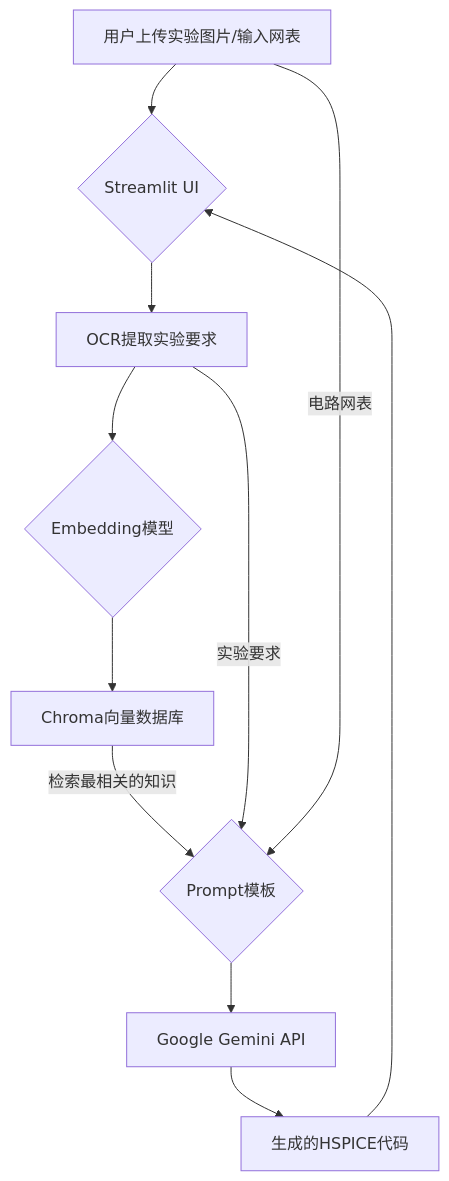
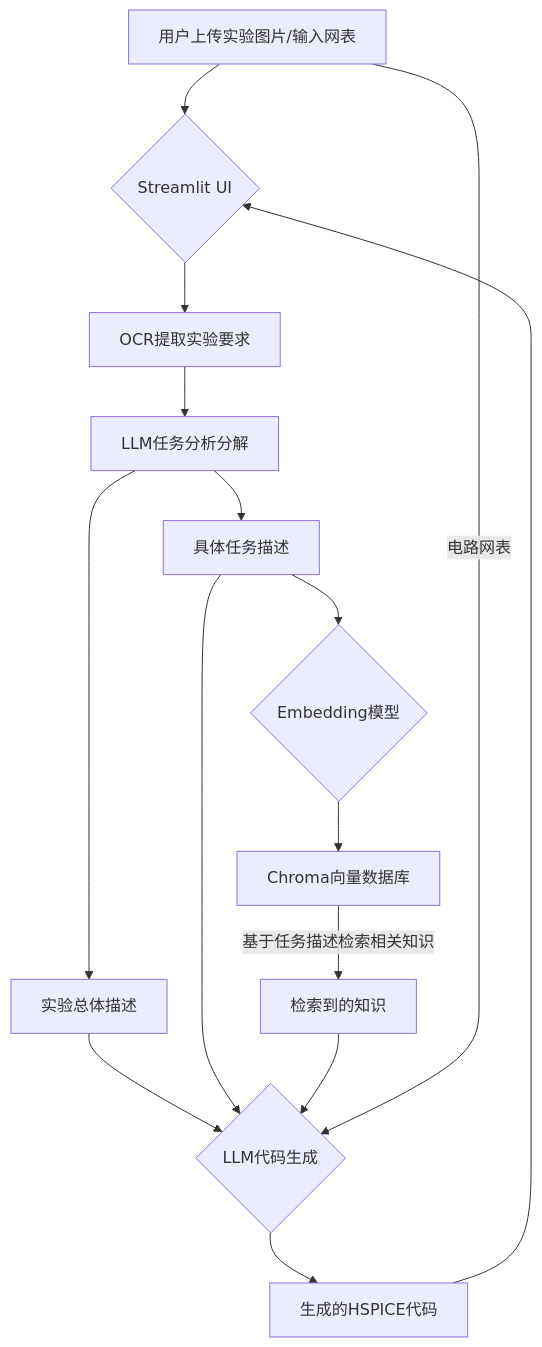
The diagram in README.md (Oscillater/RAG4Spice), drawn with Mermaid before and after one commit. The commit also changed other lines of this file and 11 other files, not shown here.

````diff
--- a/README.md
+++ b/README.md
@@ -30,13 +32,20 @@
 ```mermaid
 graph TD
     A[用户上传实验图片/输入网表] --> B{Streamlit UI};
     B --> C[OCR提取实验要求];
-    C --> D{Embedding模型};
-    D --> E[Chroma向量数据库];
-    E -- 检索最相关的知识 --> F{Prompt模板};
-    C -- 实验要求 --> F;
-    A -- 电路网表 --> F;
-    F --> G[Google Gemini API];
-    G --> H[生成的HSPICE代码];
-    H --> B;
+    C --> D[LLM任务分析分解];
+    D --> D1[实验总体描述];
+    D --> D2[具体任务描述];
+
+    D2 --> E{Embedding模型};
+    E --> F[Chroma向量数据库];
+    F -- 基于任务描述检索相关知识 --> G[检索到的知识];
+
+    D1 --> H{LLM代码生成};
+    D2 --> H;
+    G --> H;
+    A -- 电路网表 --> H;
+
+    H --> I[生成的HSPICE代码];
+    I --> B;
 ```
````
